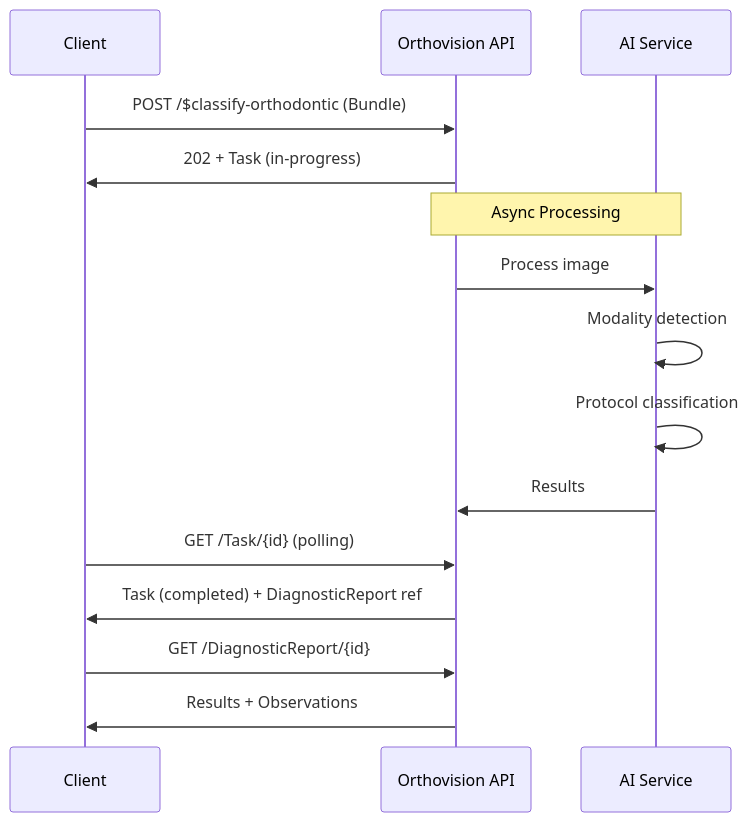
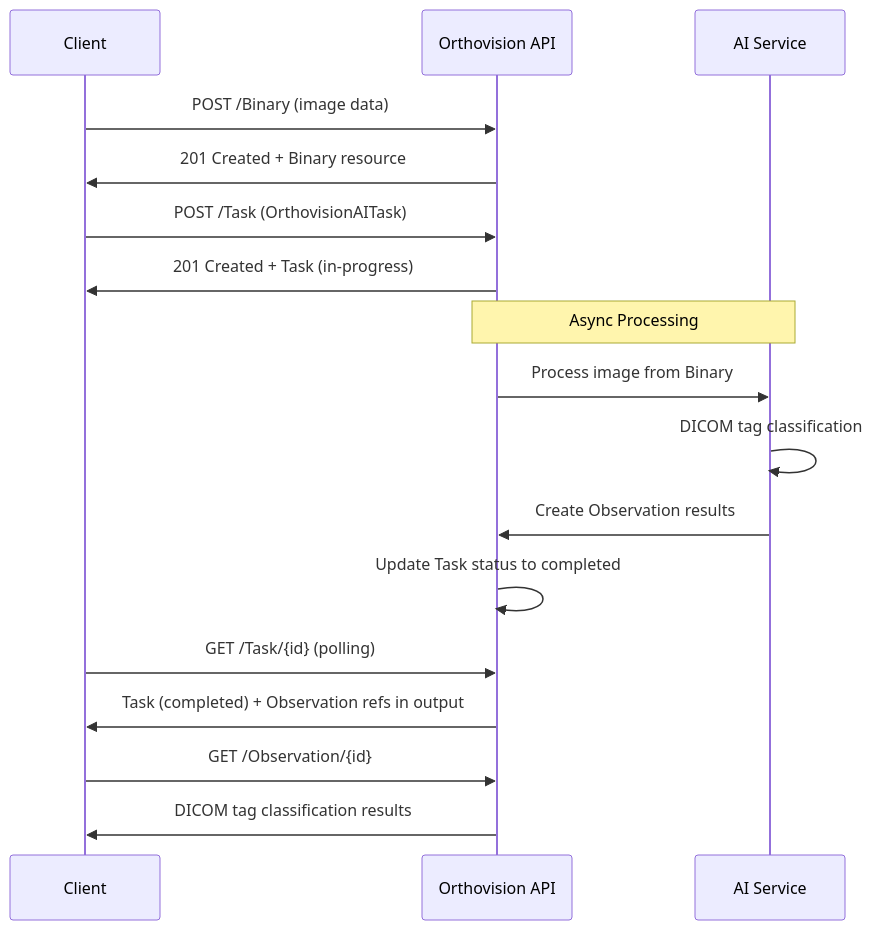
Before and after one commit to medoco-health/orthovision-ai-ig: the diagram in src/input/pagecontent/api-workflow.md, drawn with Mermaid. The commit also changed other lines of this file and 8 other files, not shown here.

Commit message:
refactor: Update FSH profiles and API workflow for improved AI classification process and remove deprecated resources

````diff
--- a/src/input/pagecontent/api-workflow.md
+++ b/src/input/pagecontent/api-workflow.md
@@ -2,21 +2,24 @@
 ```mermaid
 sequenceDiagram
     participant Client
     participant API as Orthovision API
     participant AI as AI Service
 
-    Client->>API: POST /$classify-orthodontic (Bundle)
-    API->>Client: 202 + Task (in-progress)
+    Client->>API: POST /Binary (image data)
+    API->>Client: 201 Created + Binary resource
+    
+    Client->>API: POST /Task (OrthovisionAITask)
+    API->>Client: 201 Created + Task (in-progress)
     
     Note over API,AI: Async Processing
-    API->>AI: Process image
-    AI->>AI: Modality detection
-    AI->>AI: Protocol classification
-    AI->>API: Results
+    API->>AI: Process image from Binary
+    AI->>AI: DICOM tag classification
+    AI->>API: Create Observation results
+    API->>API: Update Task status to completed
     
     Client->>API: GET /Task/{id} (polling)
-    API->>Client: Task (completed) + DiagnosticReport ref
+    API->>Client: Task (completed) + Observation refs in output
     
-    Client->>API: GET /DiagnosticReport/{id}
-    API->>Client: Results + Observations
+    Client->>API: GET /Observation/{id}
+    API->>Client: DICOM tag classification results
 ```
````
